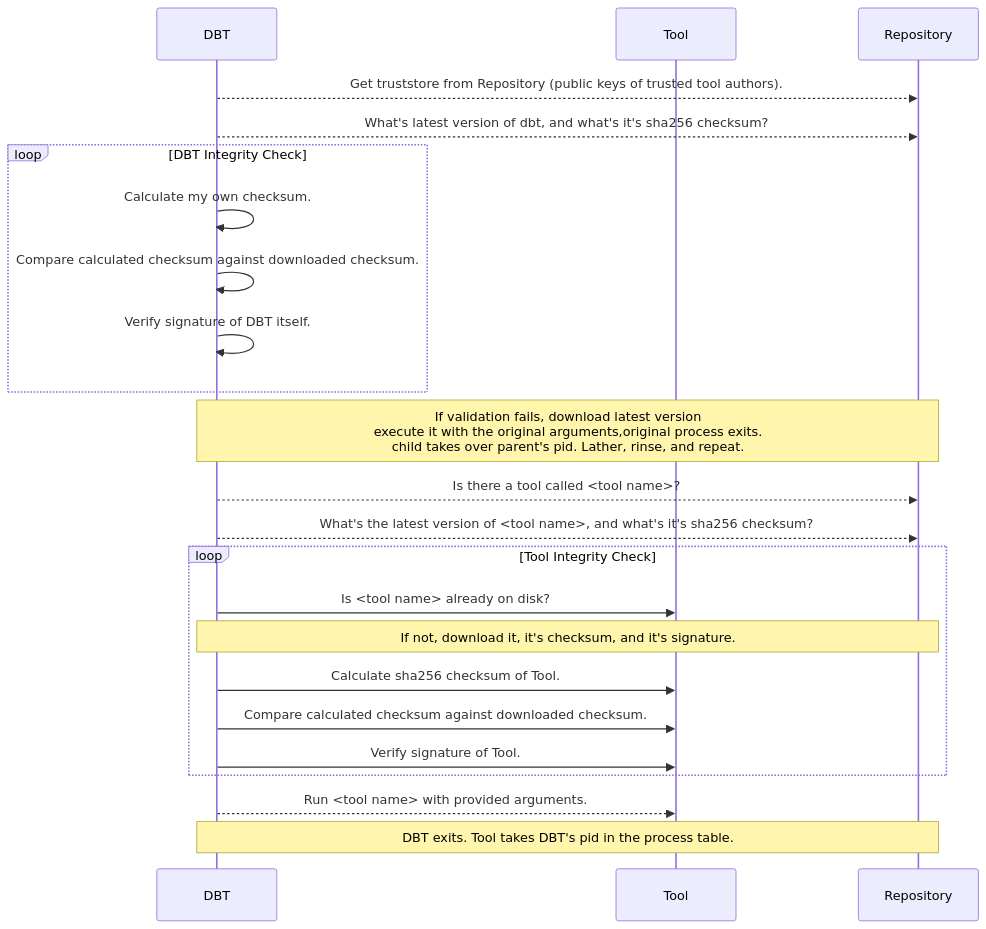
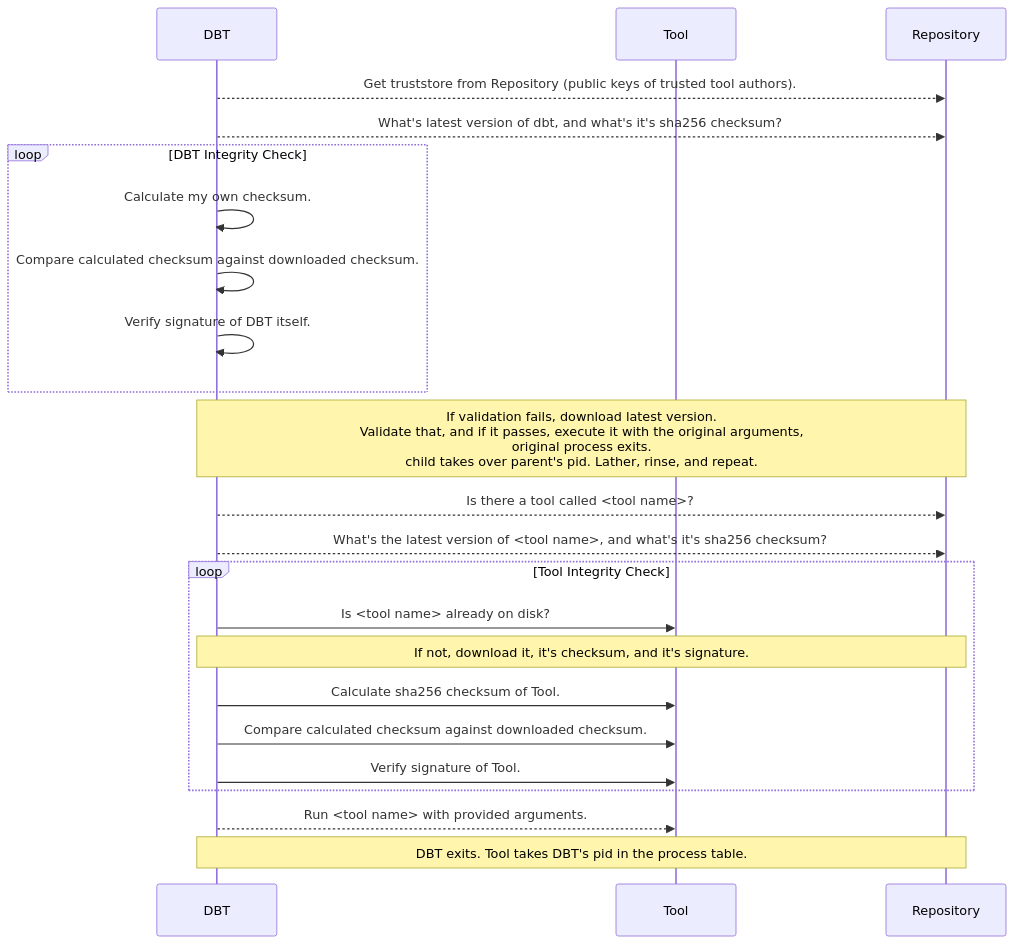
Before and after one commit to nikogura/dbt: the diagram in README.md, drawn with Mermaid.

Commit message:
Updated diagram

````diff
--- a/README.md
+++ b/README.md
@@ -67,26 +67,26 @@
 ```mermaid
 sequenceDiagram
     participant DBT
     participant Tool
     participant Repository
     DBT-->>Repository: Get truststore from Repository (public keys of trusted tool authors).
     DBT-->>Repository: What's latest version of dbt, and what's it's sha256 checksum?
     loop DBT Integrity Check
         DBT->>DBT: Calculate my own checksum.
         DBT->>DBT: Compare calculated checksum against downloaded checksum.
         DBT->>DBT: Verify signature of DBT itself.
     end
-    Note over DBT,Repository: If validation fails, download latest version<br>execute it with the original arguments,original process exits.<br>child takes over parent's pid.  Lather, rinse, and repeat.
+    Note over DBT,Repository: If validation fails, download latest version.<br>Validate that, and if it passes, execute it with the original arguments,<br>original process exits.<br>child takes over parent's pid.  Lather, rinse, and repeat.
     DBT-->>Repository: Is there a tool called <tool name>?
     DBT-->>Repository: What's the latest version of <tool name>, and what's it's sha256 checksum?
     loop Tool Integrity Check
         DBT->>Tool: Is <tool name> already on disk?
         Note over DBT,Repository: If not, download it, it's checksum, and it's signature.
         DBT->>Tool: Calculate sha256 checksum of Tool.
         DBT->>Tool: Compare calculated checksum against downloaded checksum.
         DBT->>Tool: Verify signature of Tool.
     end
     DBT-->>Tool: Run <tool name> with provided arguments.
     Note over DBT,Repository: DBT exits.  Tool takes DBT's pid in the process table.
 
 ```
````
